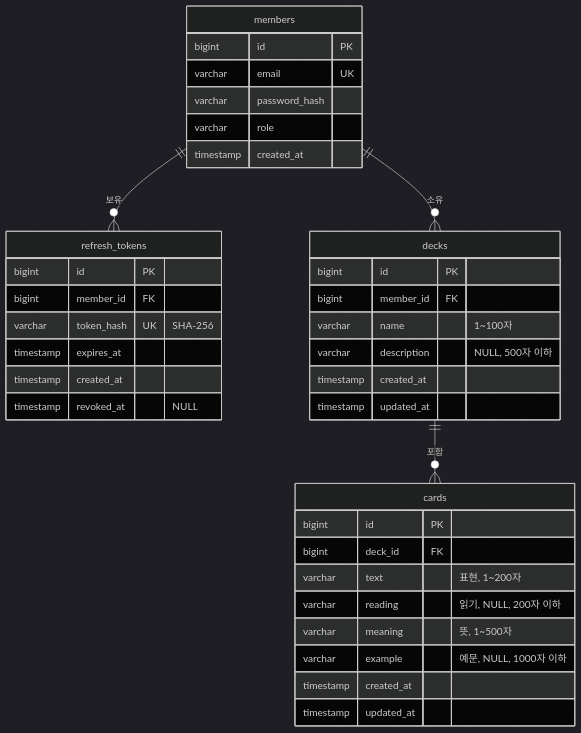
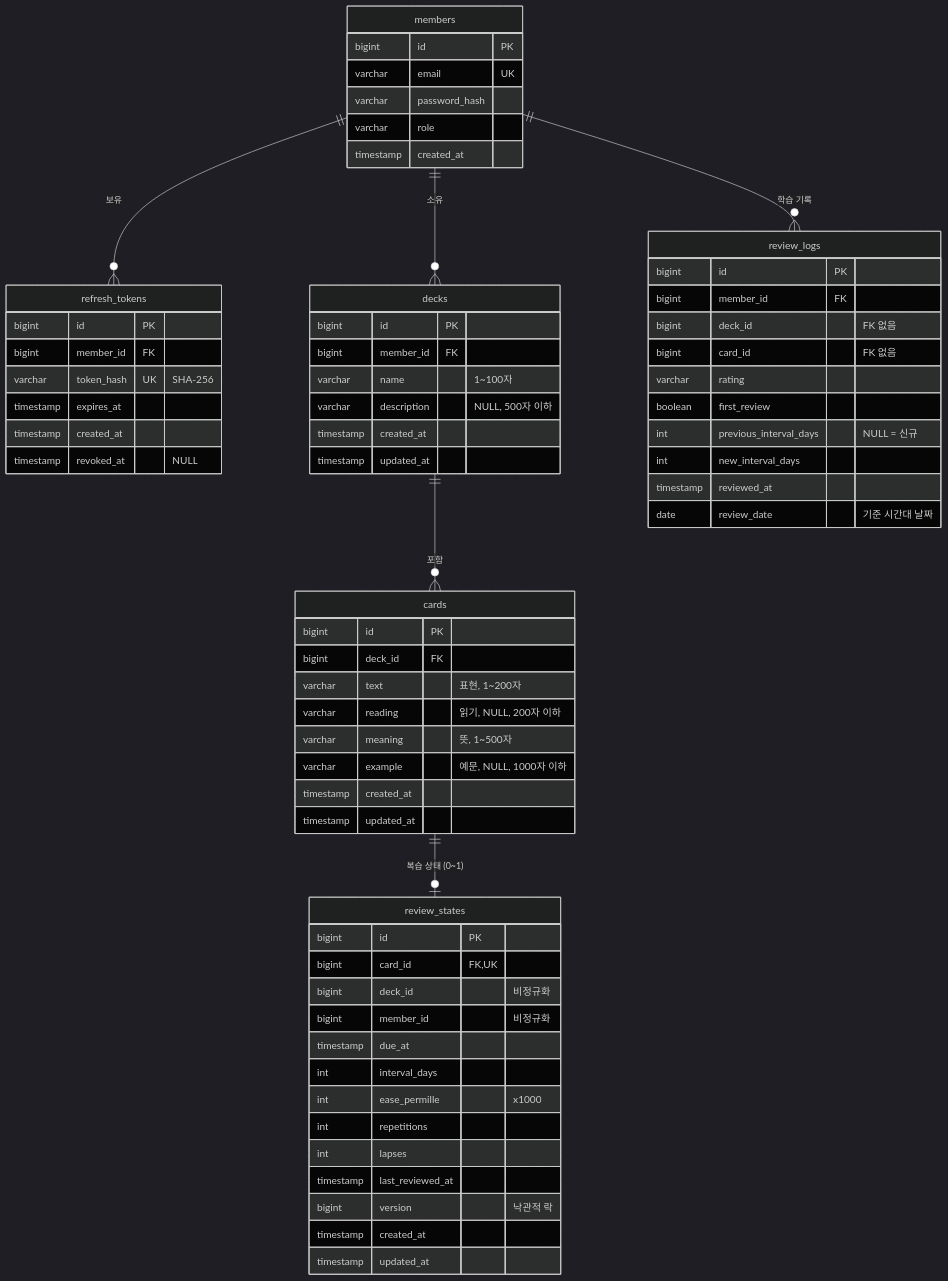
The first of 2 diagrams in README.md (monenon-dev/kotoba), drawn with Mermaid (dark theme) before and after one commit. The commit also changed other lines of this file and 32 other files, not shown here.

````diff
--- a/README.md
+++ b/README.md
@@ -29,40 +31,69 @@
 ```mermaid
 erDiagram
     members ||--o{ refresh_tokens : "보유"
     members ||--o{ decks : "소유"
     decks ||--o{ cards : "포함"
+    cards ||--o| review_states : "복습 상태 (0~1)"
+    members ||--o{ review_logs : "학습 기록"
 
     members {
         bigint id PK
         varchar email UK
         varchar password_hash
         varchar role
         timestamp created_at
     }
     refresh_tokens {
         bigint id PK
         bigint member_id FK
         varchar token_hash UK "SHA-256"
         timestamp expires_at
         timestamp created_at
         timestamp revoked_at "NULL"
     }
     decks {
         bigint id PK
         bigint member_id FK
         varchar name "1~100자"
         varchar description "NULL, 500자 이하"
         timestamp created_at
         timestamp updated_at
     }
     cards {
         bigint id PK
         bigint deck_id FK
         varchar text "표현, 1~200자"
         varchar reading "읽기, NULL, 200자 이하"
         varchar meaning "뜻, 1~500자"
         varchar example "예문, NULL, 1000자 이하"
         timestamp created_at
         timestamp updated_at
     }
+    review_states {
+        bigint id PK
+        bigint card_id FK,UK
+        bigint deck_id "비정규화"
+        bigint member_id "비정규화"
+        timestamp due_at
+        int interval_days
+        int ease_permille "x1000"
+        int repetitions
+        int lapses
+        timestamp last_reviewed_at
+        bigint version "낙관적 락"
+        timestamp created_at
+        timestamp updated_at
+    }
+    review_logs {
+        bigint id PK
+        bigint member_id FK
+        bigint deck_id "FK 없음"
+        bigint card_id "FK 없음"
+        varchar rating
+        boolean first_review
+        int previous_interval_days "NULL = 신규"
+        int new_interval_days
+        timestamp reviewed_at
+        date review_date "기준 시간대 날짜"
+    }
 ```
````
